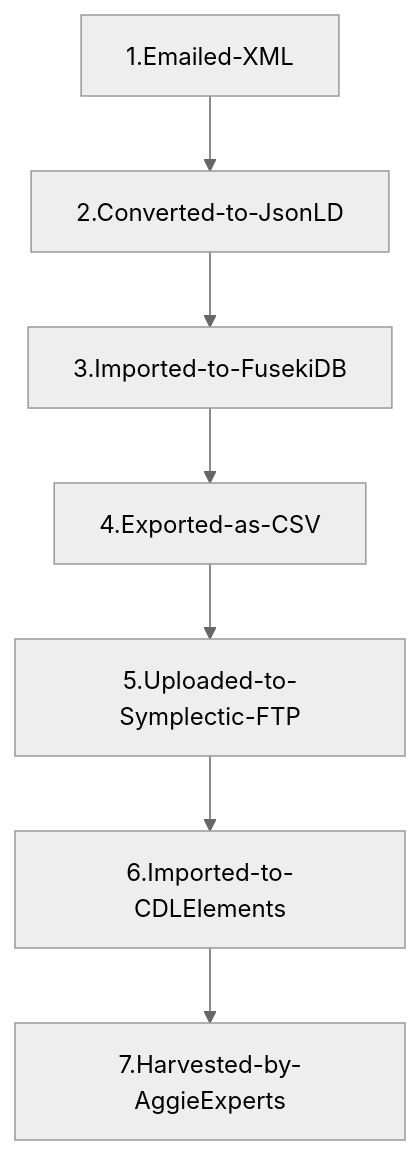
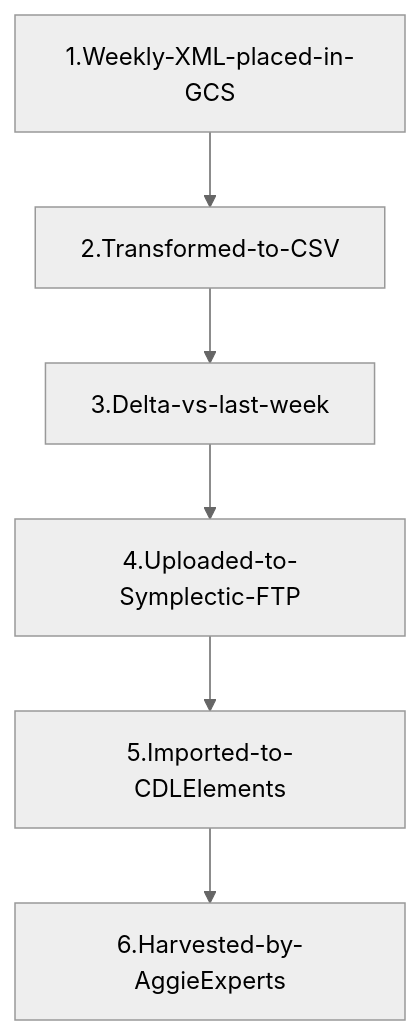
Before and after one commit to ucd-library/aggie-experts: the diagram in doc/grant-feed.md, drawn with Mermaid (neutral theme). The commit also changed other lines of this file and 39 other files, not shown here.

````diff
--- a/doc/grant-feed.md
+++ b/doc/grant-feed.md
@@ -9,9 +24,8 @@
 ```mermaid
 graph TD;
-    1.Emailed-XML-->2.Converted-to-JsonLD;
-    2.Converted-to-JsonLD-->3.Imported-to-FusekiDB;
-    3.Imported-to-FusekiDB-->4.Exported-as-CSV; 
-    4.Exported-as-CSV-->5.Uploaded-to-Symplectic-FTP;
-    5.Uploaded-to-Symplectic-FTP-->6.Imported-to-CDLElements;
-    6.Imported-to-CDLElements-->7.Harvested-by-AggieExperts
+    1.Weekly-XML-placed-in-GCS-->2.Transformed-to-CSV;
+    2.Transformed-to-CSV-->3.Delta-vs-last-week;
+    3.Delta-vs-last-week-->4.Uploaded-to-Symplectic-FTP;
+    4.Uploaded-to-Symplectic-FTP-->5.Imported-to-CDLElements;
+    5.Imported-to-CDLElements-->6.Harvested-by-AggieExperts
 ```
````
